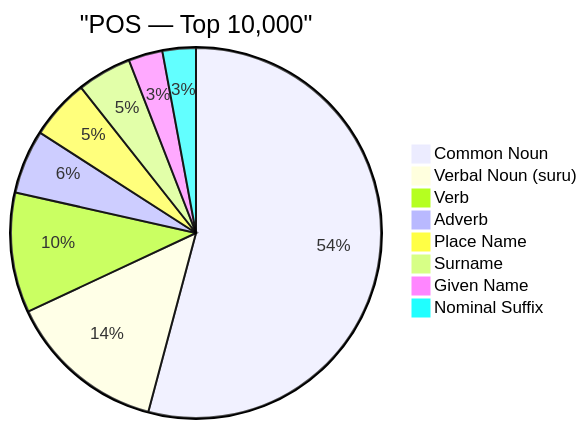
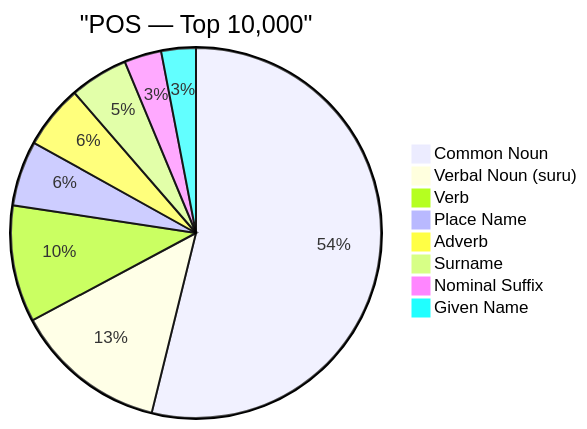
One commit to PikaPikaGems/japanese-word-frequency changed the fifth of 8 diagrams in data/CEJC/insights/vocab_tier_breakdown.md. Above: the diagram before and after it, drawn with Mermaid. The commit also changed other lines of this file and 5 other files, not shown here.

````diff
--- a/data/CEJC/insights/vocab_tier_breakdown.md
+++ b/data/CEJC/insights/vocab_tier_breakdown.md
@@ -556,11 +556,11 @@
 ```mermaid
 pie title "POS — Top 10,000"
-    "Common Noun" : 4477.00
-    "Verbal Noun (suru)" : 1148.00
-    "Verb" : 867.00
-    "Adverb" : 461.00
-    "Place Name" : 435.00
-    "Surname" : 393.00
-    "Given Name" : 246.00
-    "Nominal Suffix" : 241.00
+    "Common Noun" : 4670.00
+    "Verbal Noun (suru)" : 1157.00
+    "Verb" : 885.00
+    "Place Name" : 494.00
+    "Adverb" : 481.00
+    "Surname" : 442.00
+    "Nominal Suffix" : 282.00
+    "Given Name" : 262.00
 ```
````
